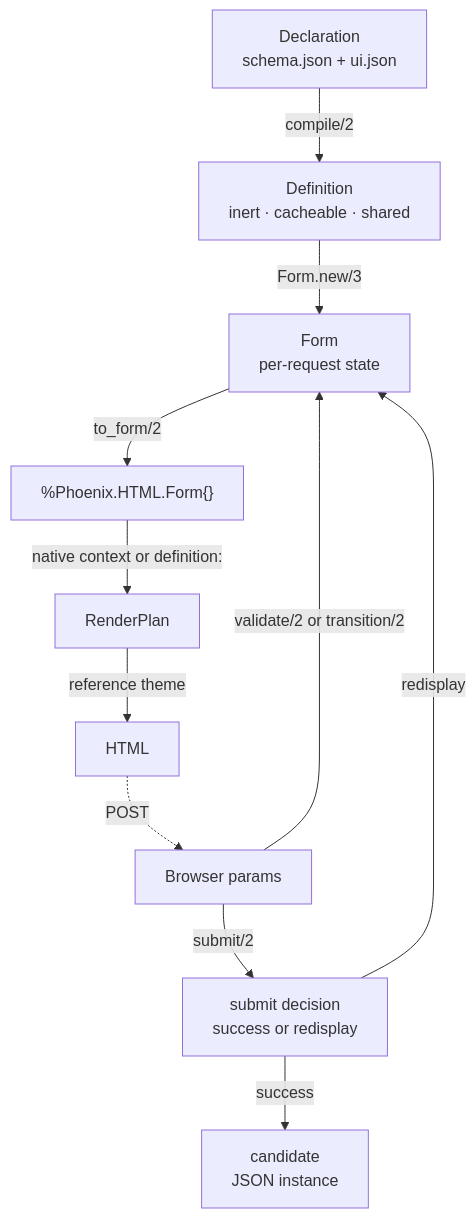
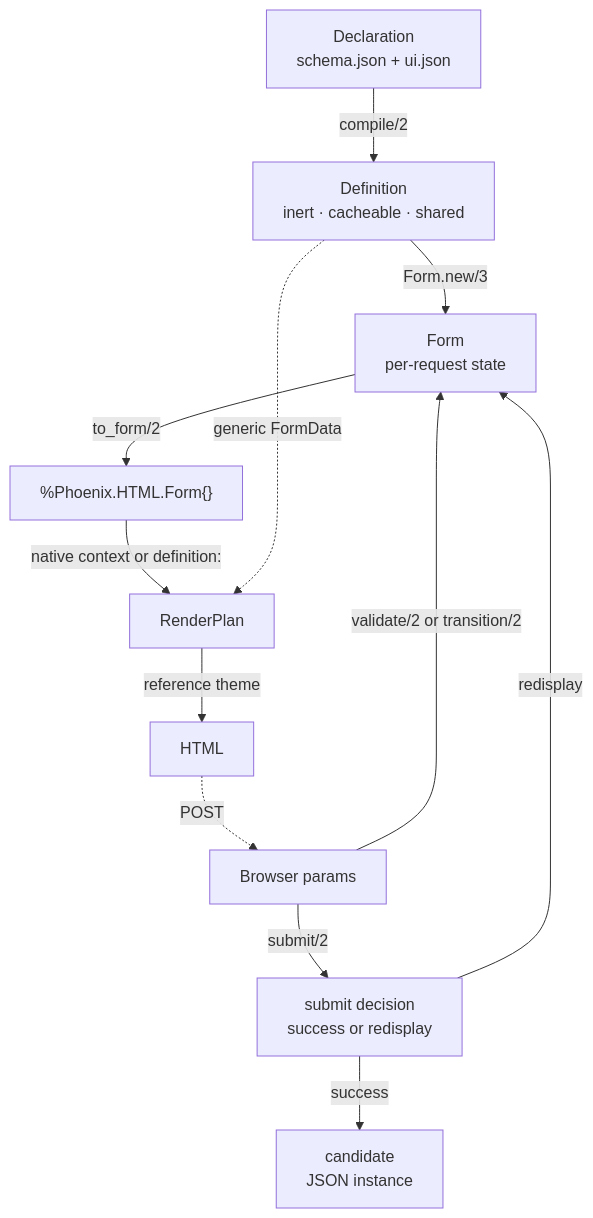
One commit to kioopi/formentation changed the diagram in docs/Formentation/Techdocs/end-to-end-data-flow.md. Above: the diagram before and after it, drawn with Mermaid. The commit also changed other lines of this file and 2 other files, not shown here.

````diff
--- a/docs/Formentation/Techdocs/end-to-end-data-flow.md
+++ b/docs/Formentation/Techdocs/end-to-end-data-flow.md
@@ -29,25 +29,26 @@
 ```mermaid
 flowchart TD
     Decl["Declaration<br/>schema.json + ui.json"]
     Def["Definition<br/>inert · cacheable · shared"]
     State["Form<br/>per-request state"]
     PForm["%Phoenix.HTML.Form{}"]
     Plan["RenderPlan"]
     HTML["HTML"]
     Params["Browser params"]
     Decision["submit decision<br/>success or redisplay"]
     Cand["candidate<br/>JSON instance"]
 
     Decl -->|"compile/2"| Def
     Def -->|"Form.new/3"| State
     State -->|"to_form/2"| PForm
     PForm -->|"native context or definition:"| Plan
+    Def -.->|"generic FormData"| Plan
     Plan -->|"reference theme"| HTML
     HTML -.->|"POST"| Params
     Params -->|"validate/2 or transition/2"| State
     Params -->|"submit/2"| Decision
     Decision -->|"success"| Cand
     Decision -->|"redisplay"| State
 
     class Def,State,Plan internal-link
 ```
````
